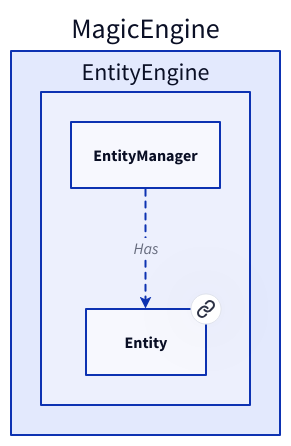
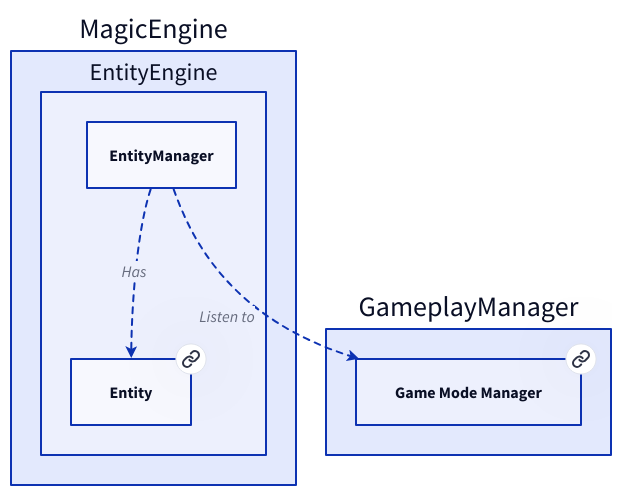
One commit to Portevent/Brume-Documentation changed the diagram in doc/graphs/d2/EntityManager.d2. Above: the diagram before and after it, drawn with D2. The commit also changed 26 other files, not shown here.

```diff
--- a/doc/graphs/d2/EntityManager.d2
+++ b/doc/graphs/d2/EntityManager.d2
@@ -1,14 +1,23 @@
 # Nodes :
 MagicEngine: {
     EntityEngine: {
         Entity: Entity {
            link: Entity
         }
     }
 }
+GameplayManager: {
+    GameModeManager: Game Mode Manager {
+       link: GameModeManager
+    }
+}
 
 # Links :
 MagicEngine.EntityEngine.EntityManager -> MagicEngine.EntityEngine.Entity: Has {style.stroke-dash: 3
 source-arrowhead: {}
 target-arrowhead: {shape: arrow}
 }
+MagicEngine.EntityEngine.EntityManager -> GameplayManager.GameModeManager: Listen to {style.stroke-dash: 3
+source-arrowhead: {}
+target-arrowhead: {shape: arrow}
+}
```
